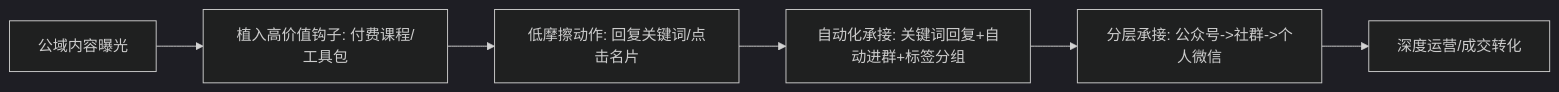
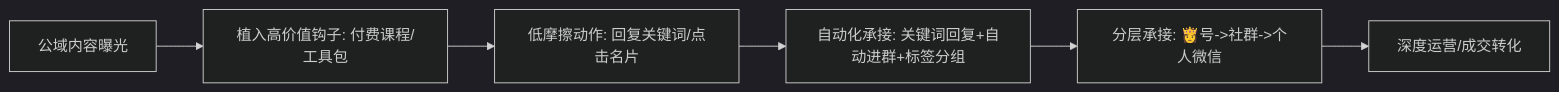
Before and after one commit to OpenDocCN1/flygon-zhuanqian-zhoubao: the eighth of 9 diagrams in docs/202305_paper2textbook/asset/body_fix_b22ada5ac71d40a2f34760abe40e17e3_14558ae1b451ea9a7e80c9747f49caaf_7cce3e3746172f1ac63cbf4de92cfc51_8ce32c74466d024be3051bf7c8a58ccf.md, drawn with Mermaid (dark theme). The commit also changed other lines of this file and 6688 other files, not shown here.

````diff
--- a/docs/202305_paper2textbook/asset/body_fix_b22ada5ac71d40a2f34760abe40e17e3_14558ae1b451ea9a7e80c9747f49caaf_7cce3e3746172f1ac63cbf4de92cfc51_8ce32c74466d024be3051bf7c8a58ccf.md
+++ b/docs/202305_paper2textbook/asset/body_fix_b22ada5ac71d40a2f34760abe40e17e3_14558ae1b451ea9a7e80c9747f49caaf_7cce3e3746172f1ac63cbf4de92cfc51_8ce32c74466d024be3051bf7c8a58ccf.md
@@ -528,8 +528,8 @@
 ```mermaid
 flowchart LR
     A[公域内容曝光] --> B[植入高价值钩子: 付费课程/工具包]
     B --> C[低摩擦动作: 回复关键词/点击名片]
     C --> D[自动化承接: 关键词回复+自动进群+标签分组]
-    D --> E[分层承接: 公众号->社群->个人微信]
+    D --> E[分层承接: 👸号->社群->个人微信]
     E --> F[深度运营/成交转化]
 ```
````
